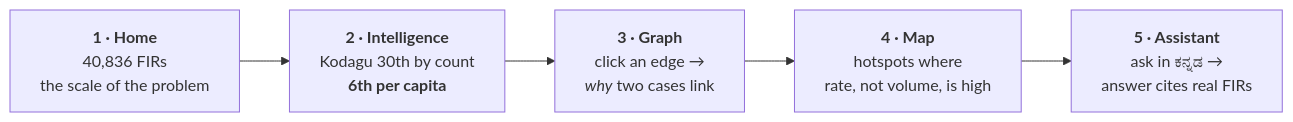
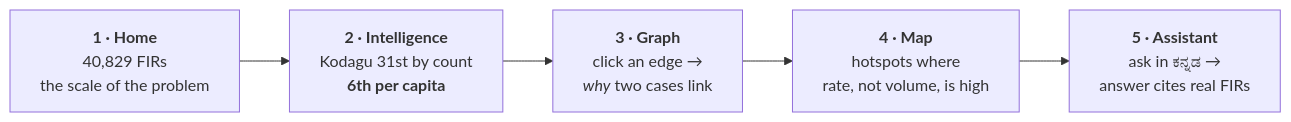
One commit to adarshcod30/Kadi changed the first of 3 diagrams in README.md. Above: the diagram before and after it, drawn with Mermaid. The commit also changed other lines of this file and 10 other files, not shown here.

First line of the commit message:
docs: bring every figure onto the regenerated corpus, and fix the ER claim

````diff
--- a/README.md
+++ b/README.md
@@ -142,9 +143,9 @@
 ```mermaid
 flowchart LR
-    H["<b>1 · Home</b><br/>40,836 FIRs<br/>the scale of the problem"]
-    I["<b>2 · Intelligence</b><br/>Kodagu 30th by count<br/><b>6th per capita</b>"]
+    H["<b>1 · Home</b><br/>40,829 FIRs<br/>the scale of the problem"]
+    I["<b>2 · Intelligence</b><br/>Kodagu 31st by count<br/><b>6th per capita</b>"]
     G["<b>3 · Graph</b><br/>click an edge →<br/><i>why</i> two cases link"]
     M["<b>4 · Map</b><br/>hotspots where<br/>rate, not volume, is high"]
     A["<b>5 · Assistant</b><br/>ask in ಕನ್ನಡ →<br/>answer cites real FIRs"]
     H --> I --> G --> M --> A
 ```
````
